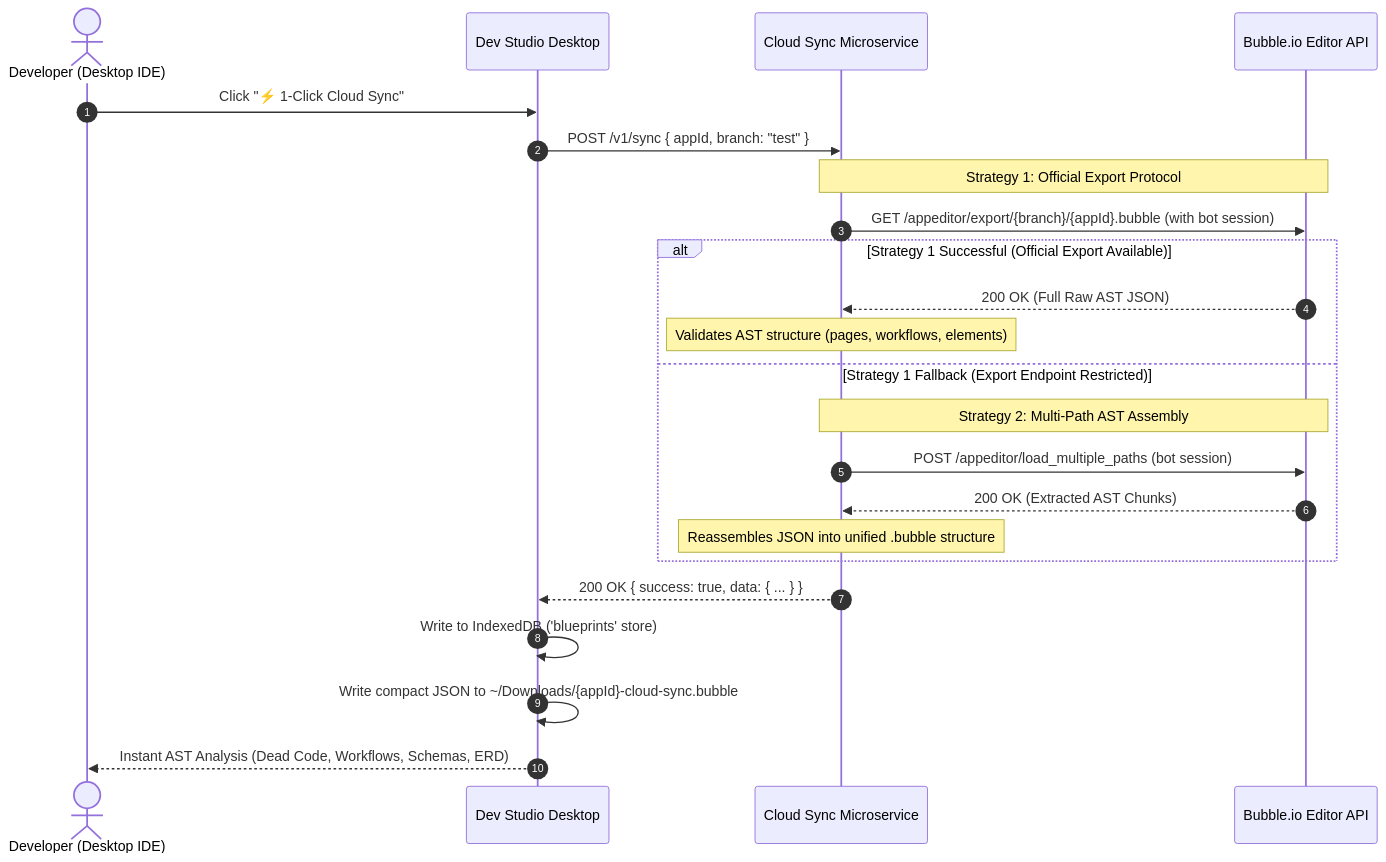
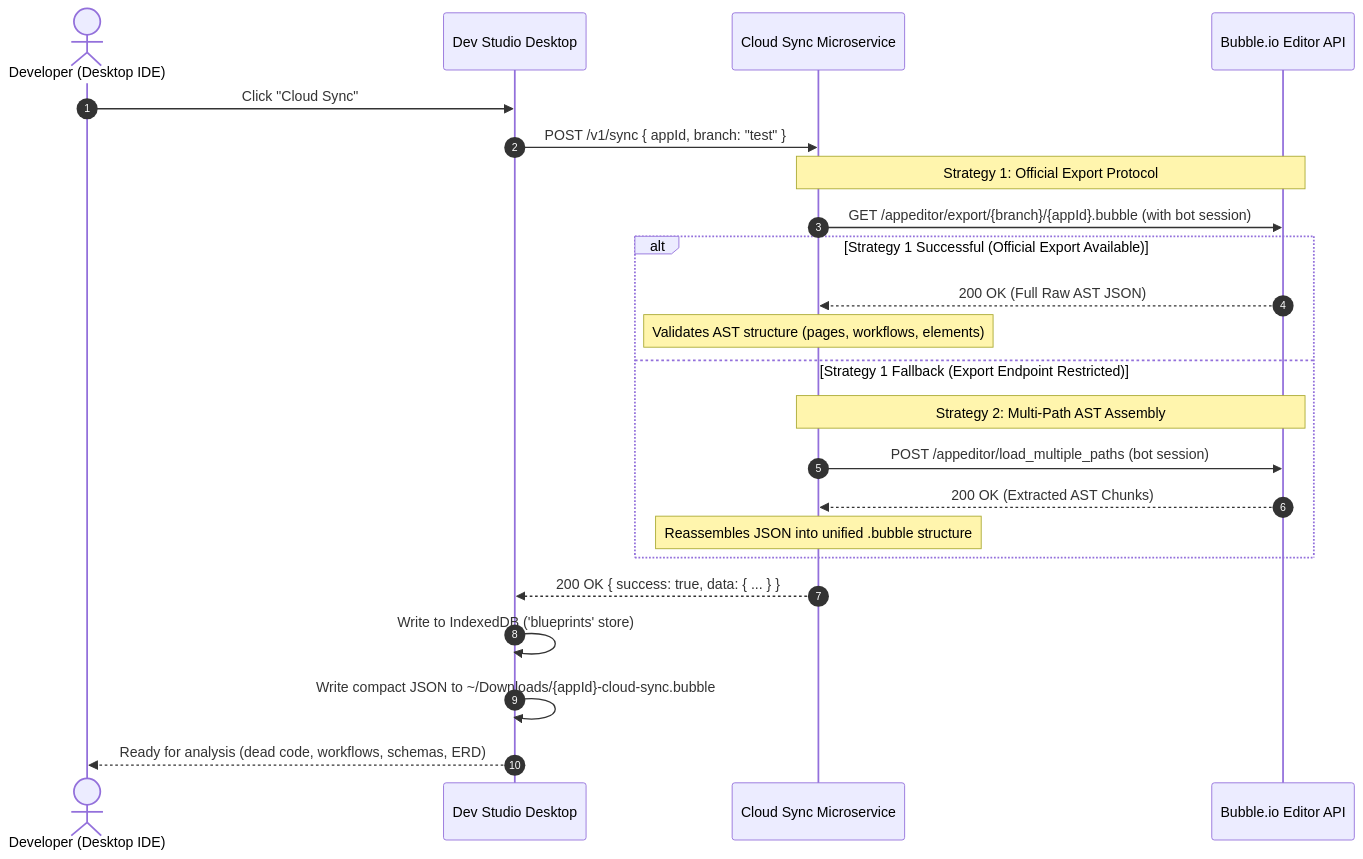
One commit to alexandrmotologa/bubble-io-dev-studio changed the diagram in docs/cloud-sync-guide.md. Above: the diagram before and after it, drawn with Mermaid. The commit also changed other lines of this file and 17 other files, not shown here.

````diff
--- a/docs/cloud-sync-guide.md
+++ b/docs/cloud-sync-guide.md
@@ -86,29 +74,29 @@
 ```mermaid
 sequenceDiagram
     autonumber
     actor Dev as Developer (Desktop IDE)
     participant IDE as Dev Studio Desktop
     participant VM as Cloud Sync Microservice
     participant Bubble as Bubble.io Editor API
 
-    Dev->>IDE: Click "⚡ 1-Click Cloud Sync"
+    Dev->>IDE: Click "Cloud Sync"
     IDE->>VM: POST /v1/sync { appId, branch: "test" }
     
     Note over VM,Bubble: Strategy 1: Official Export Protocol
     VM->>Bubble: GET /appeditor/export/{branch}/{appId}.bubble (with bot session)
     
     alt Strategy 1 Successful (Official Export Available)
         Bubble-->>VM: 200 OK (Full Raw AST JSON)
         Note over VM: Validates AST structure (pages, workflows, elements)
     else Strategy 1 Fallback (Export Endpoint Restricted)
         Note over VM,Bubble: Strategy 2: Multi-Path AST Assembly
         VM->>Bubble: POST /appeditor/load_multiple_paths (bot session)
         Bubble-->>VM: 200 OK (Extracted AST Chunks)
         Note over VM: Reassembles JSON into unified .bubble structure
     end
 
     VM-->>IDE: 200 OK { success: true, data: { ... } }
     IDE->>IDE: Write to IndexedDB ('blueprints' store)
     IDE->>IDE: Write compact JSON to ~/Downloads/{appId}-cloud-sync.bubble
-    IDE-->>Dev: Instant AST Analysis (Dead Code, Workflows, Schemas, ERD)
+    IDE-->>Dev: Ready for analysis (dead code, workflows, schemas, ERD)
 ```
````
